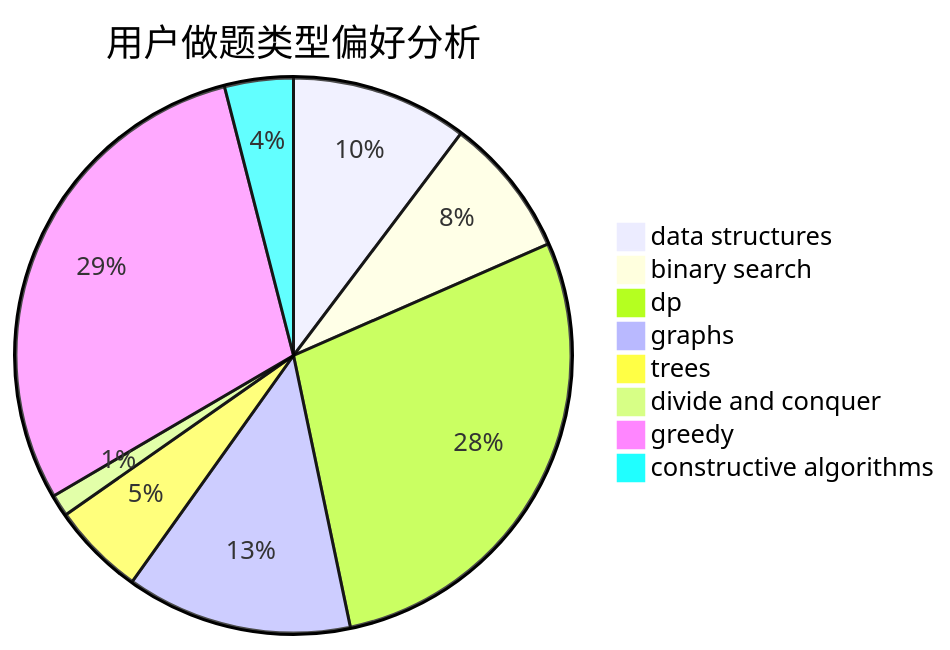
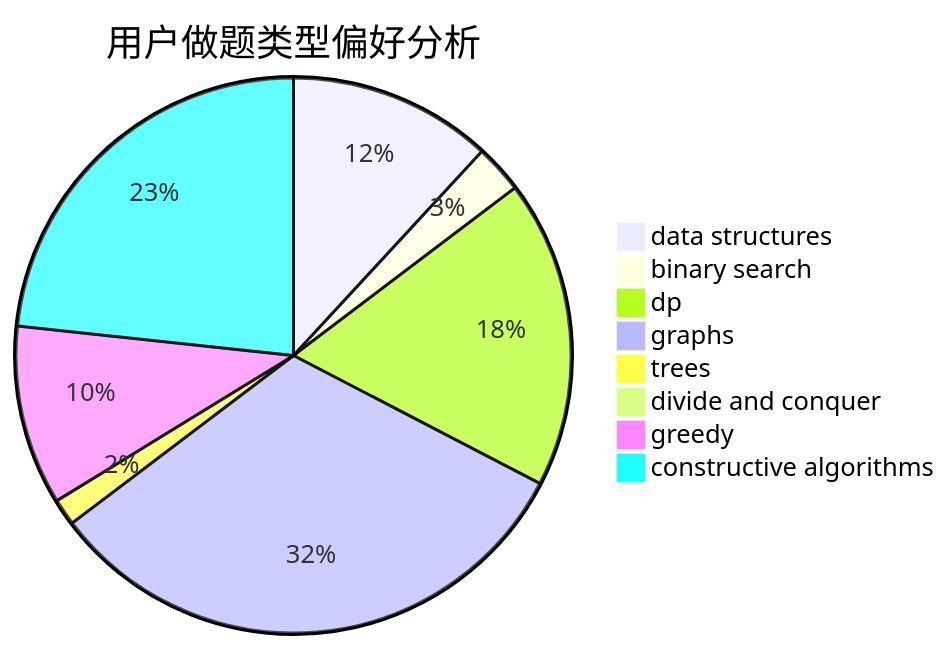
Before and after one commit to sherpahu/cfrs.github.io: the second of 3 diagrams in docs/user/u214.md, drawn with Mermaid. The commit also changed other lines of this file and 2770 other files, not shown here.

````diff
--- a/docs/user/u214.md
+++ b/docs/user/u214.md
@@ -23,11 +23,11 @@
 ```mermaid
 pie title 用户做题类型偏好分析
-    "data structures" :  72
-    "binary search" :  57
-    "dp" :  198
-    "graphs" :  92
-    "trees" :  38
-    "divide and conquer" :  9
-    "greedy" :  206
-    "constructive algorithms" :  28
+    "data structures" :  84
+    "binary search" :  20
+    "dp" :  127
+    "graphs" :  227
+    "trees" :  11
+    "divide and conquer" :  0
+    "greedy" :  74
+    "constructive algorithms" :  165
 ```
````
